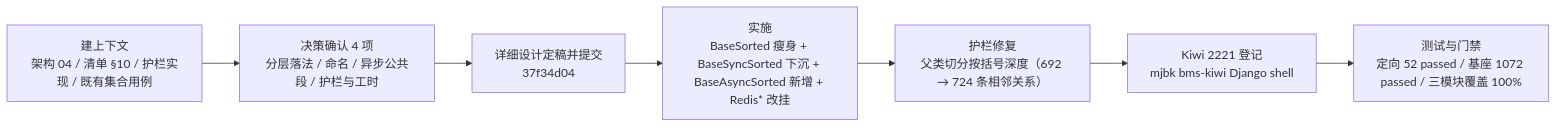
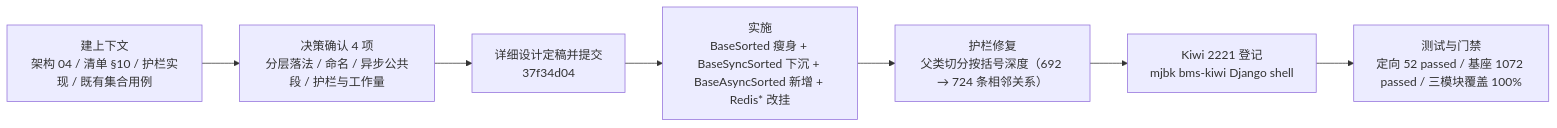
The diagram in bms文档/项目/06_认证与安全/任务/08_裸无序集合治理/08_裸无序集合治理_05_集合体系收链/实施/01_实施_05_集合体系收链.md (minjian123/basic-management-system), drawn with Mermaid before and after one commit. The commit also changed other lines of this file and 641 other files, not shown here.

````diff
--- a/bms文档/项目/06_认证与安全/任务/08_裸无序集合治理/08_裸无序集合治理_05_集合体系收链/实施/01_实施_05_集合体系收链.md
+++ b/bms文档/项目/06_认证与安全/任务/08_裸无序集合治理/08_裸无序集合治理_05_集合体系收链/实施/01_实施_05_集合体系收链.md
@@ -22,9 +22,9 @@
 ```mermaid
 flowchart LR
-    A["建上下文<br/>架构 04 / 清单 §10 / 护栏实现 / 既有集合用例"] --> B["决策确认 4 项<br/>分层落法 / 命名 / 异步公共段 / 护栏与工时"]
+ A["建上下文<br/>架构 04 / 清单 §10 / 护栏实现 / 既有集合用例"] --> B["决策确认 4 项<br/>分层落法 / 命名 / 异步公共段 / 护栏与工作量"]
     B --> C["详细设计定稿并提交<br/>37f34d04"]
     C --> D["实施<br/>BaseSorted 瘦身 + BaseSyncSorted 下沉 + BaseAsyncSorted 新增 + Redis* 改挂"]
     D --> E["护栏修复<br/>父类切分按括号深度（692 → 724 条相邻关系）"]
     E --> F["Kiwi 2221 登记<br/>mjbk bms-kiwi Django shell"]
     F --> G["测试与门禁<br/>定向 52 passed / 基座 1072 passed / 三模块覆盖 100%"]
 ```
````
